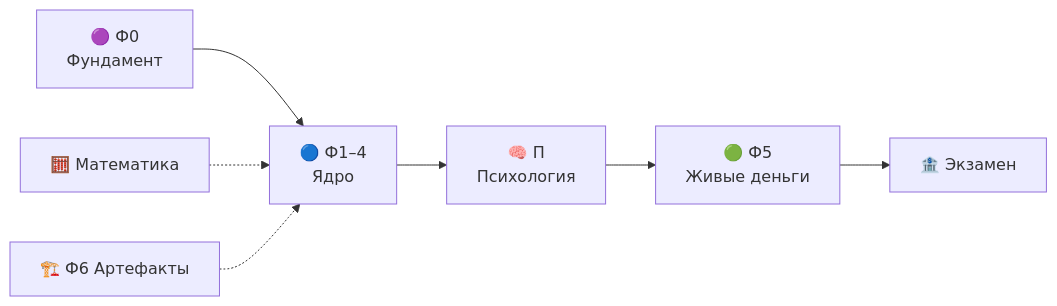
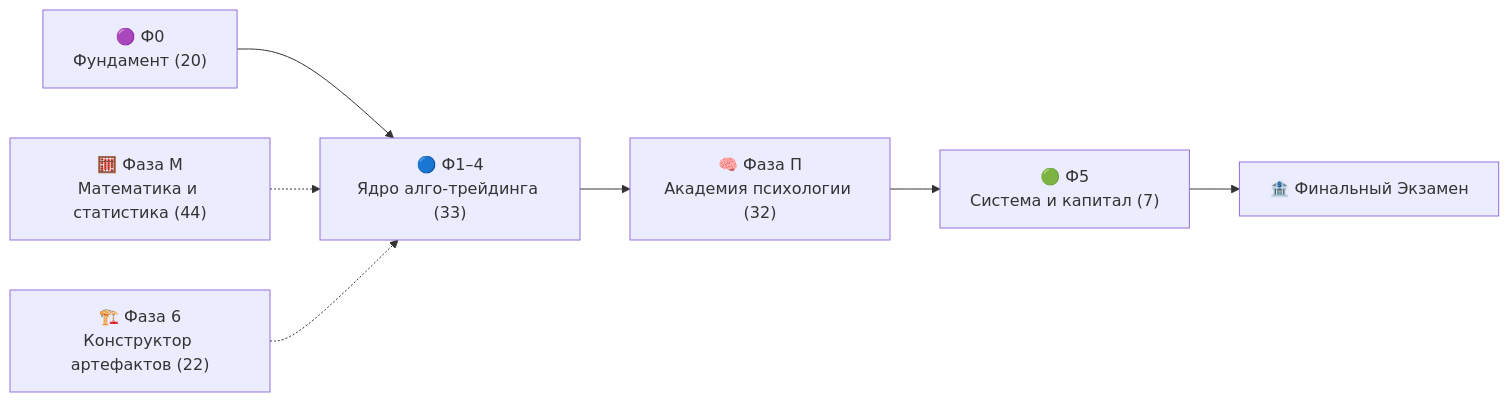
One commit to AlexZander85/crypto changed the first of 2 diagrams in README.md. Above: the diagram before and after it, drawn with Mermaid. The commit also changed other lines of this file, not shown here.

Commit message:
docs: актуализация README с учётом 158 уроков, Фазы Психологии и 96 тестов

````diff
--- a/README.md
+++ b/README.md
@@ -41,6 +43,6 @@
 ```mermaid
 flowchart LR
-    A["🟣 Ф0<br/>Фундамент"] --> B["🔵 Ф1–4<br/>Ядро"] --> C["🧠 П<br/>Психология"] --> D["🟢 Ф5<br/>Живые деньги"] --> E["🏦 Экзамен"]
-    F["🧮 Математика"] -.-> B
-    G["🏗️ Ф6 Артефакты"] -.-> B
+    A["🟣 Ф0<br/>Фундамент (20)"] --> B["🔵 Ф1–4<br/>Ядро алго-трейдинга (33)"] --> C["🧠 Фаза П<br/>Академия психологии (32)"] --> D["🟢 Ф5<br/>Система и капитал (7)"] --> E["🏦 Финальный Экзамен"]
+    F["🧮 Фаза М<br/>Математика и статистика (44)"] -.-> B
+    G["🏗️ Фаза 6<br/>Конструктор артефактов (22)"] -.-> B
 ```
````
